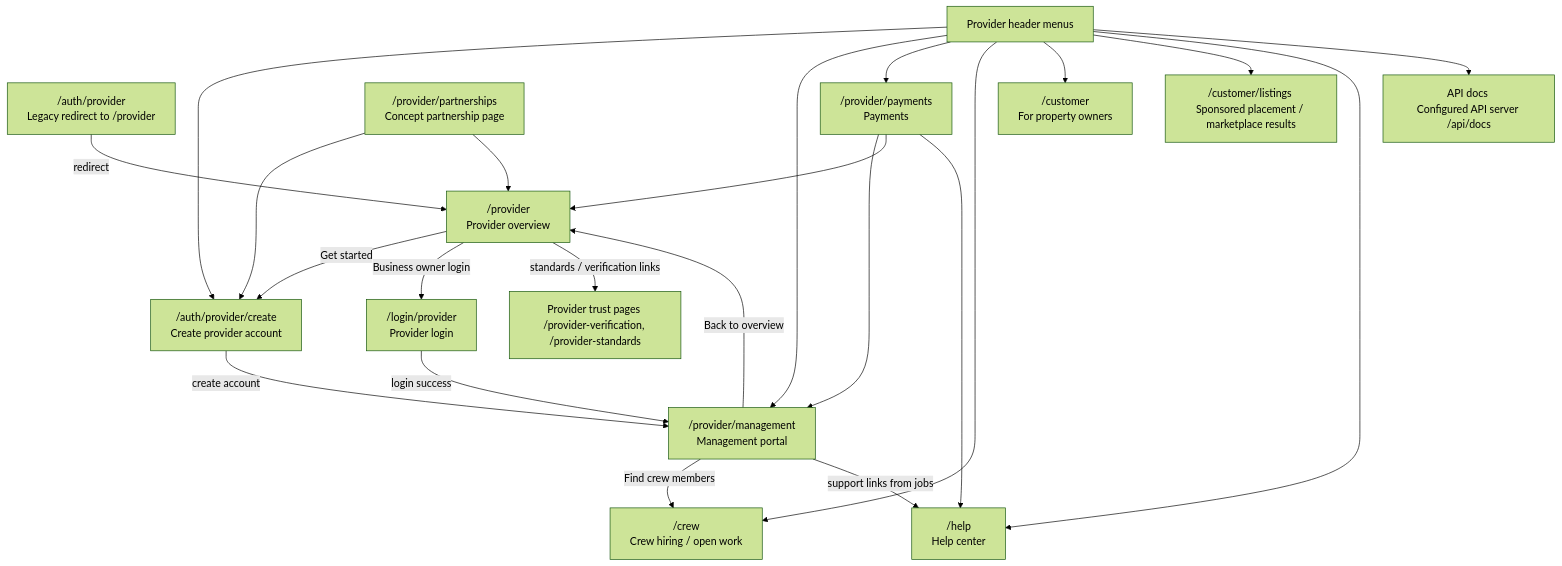
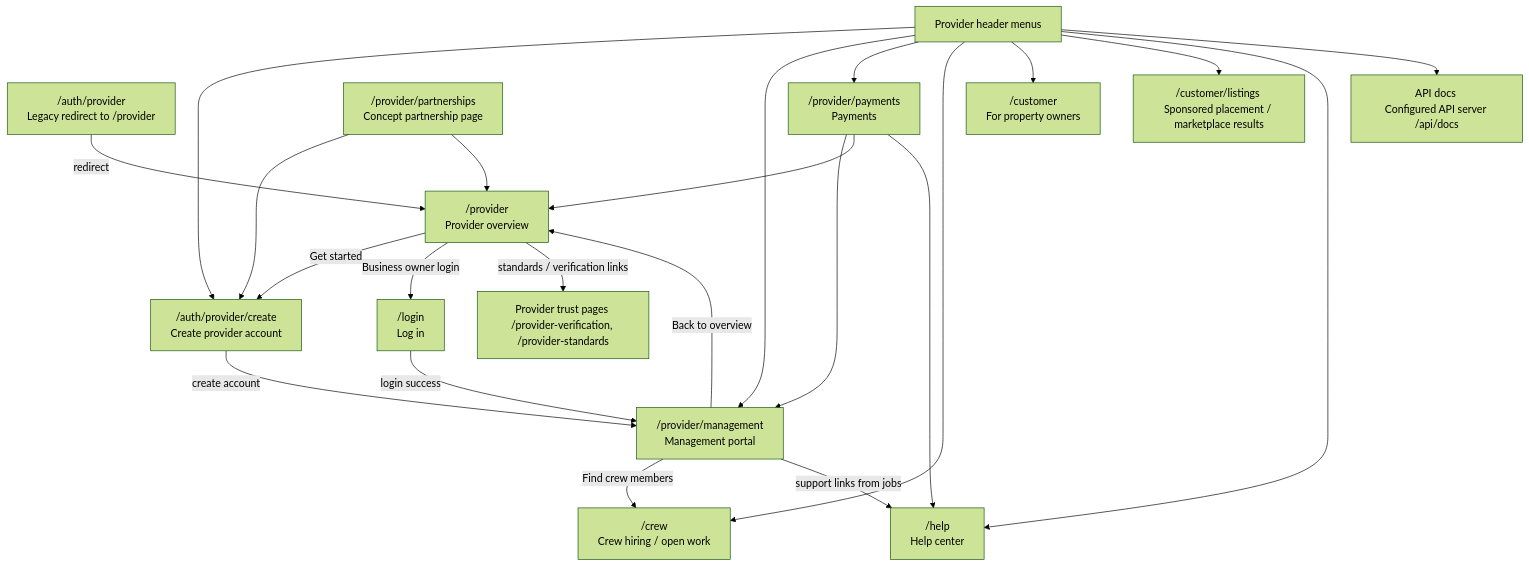
One commit to pkopps/ym changed the fourth of 6 diagrams in PAGE_FLOW.md. Above: the diagram before and after it, drawn with Mermaid (forest theme). The commit also changed other lines of this file and 24 other files, not shown here.

````diff
--- a/PAGE_FLOW.md
+++ b/PAGE_FLOW.md
@@ -203,41 +194,41 @@
 ```mermaid
 flowchart TD
   provider["/provider <br/>Provider overview"]
   authProvider["/auth/provider <br/>Legacy redirect to /provider"]
   createProvider["/auth/provider/create <br/>Create provider account"]
-  loginProvider["/login/provider <br/>Provider login"]
+  login["/login <br/>Log in"]
   management["/provider/management <br/>Management portal"]
   payments["/provider/payments <br/>Payments"]
   partnerships["/provider/partnerships <br/>Concept partnership page"]
   crew["/crew <br/>Crew hiring / open work"]
   customer["/customer <br/>For property owners"]
   listings["/customer/listings <br/>Sponsored placement / marketplace results"]
   help["/help <br/>Help center"]
   apiDocs["API docs <br/>Configured API server /api/docs"]
   policies["Provider trust pages <br/>/provider-verification, /provider-standards"]
 
   provider -->|Get started| createProvider
-  provider -->|Business owner login| loginProvider
+  provider -->|Business owner login| login
   provider -->|standards / verification links| policies
   authProvider -->|redirect| provider
   createProvider -->|create account| management
-  loginProvider -->|login success| management
+  login -->|login success| management
 
   management -->|Find crew members| crew
   management -->|Back to overview| provider
   management -->|support links from jobs| help
   payments --> management
   payments --> provider
   payments --> help
   partnerships --> createProvider
   partnerships --> provider
 
   providerHeader["Provider header menus"] --> createProvider
   providerHeader --> management
   providerHeader --> payments
   providerHeader --> crew
   providerHeader --> customer
   providerHeader --> listings
   providerHeader --> help
   providerHeader --> apiDocs
 ```
````
